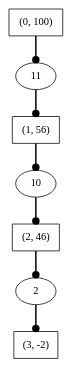
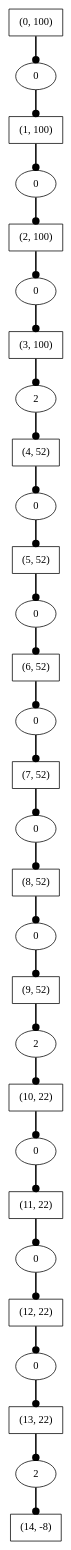
The diagram in Liga4-Prob3-Pociones/ficheros/pociones.gv (ManuelLR/ADDA), drawn with Graphviz before and after one commit. The commit also changed 3 other files, not shown here.

```diff
--- a/Liga4-Prob3-Pociones/ficheros/pociones.gv
+++ b/Liga4-Prob3-Pociones/ficheros/pociones.gv
@@ -1,16 +1,60 @@
 digraph Pociones {  
  size="100,100"; 
-    "(2, 46)" [shape=box];
-    "(2, 46),2" [label=2];
-    "(2, 46)" -> "(2, 46),2"[style=bold,arrowhead=dot];
-    "(2, 46),2" -> "(3, -2)"[style=bold,arrowhead=dot];
-    "(3, -2)" [shape=box];
-    "(1, 56)" [shape=box];
-    "(1, 56),10" [label=10];
-    "(1, 56)" -> "(1, 56),10"[style=bold,arrowhead=dot];
-    "(1, 56),10" -> "(2, 46)"[style=bold,arrowhead=dot];
+    "(3, 100)" [shape=box];
+    "(3, 100),2" [label=2];
+    "(3, 100)" -> "(3, 100),2"[style=bold,arrowhead=dot];
+    "(3, 100),2" -> "(4, 52)"[style=bold,arrowhead=dot];
+    "(4, 52)" [shape=box];
+    "(4, 52),0" [label=0];
+    "(4, 52)" -> "(4, 52),0"[style=bold,arrowhead=dot];
+    "(4, 52),0" -> "(5, 52)"[style=bold,arrowhead=dot];
+    "(5, 52)" [shape=box];
+    "(5, 52),0" [label=0];
+    "(5, 52)" -> "(5, 52),0"[style=bold,arrowhead=dot];
+    "(5, 52),0" -> "(6, 52)"[style=bold,arrowhead=dot];
+    "(6, 52)" [shape=box];
+    "(6, 52),0" [label=0];
+    "(6, 52)" -> "(6, 52),0"[style=bold,arrowhead=dot];
+    "(6, 52),0" -> "(7, 52)"[style=bold,arrowhead=dot];
+    "(7, 52)" [shape=box];
+    "(7, 52),0" [label=0];
+    "(7, 52)" -> "(7, 52),0"[style=bold,arrowhead=dot];
+    "(7, 52),0" -> "(8, 52)"[style=bold,arrowhead=dot];
+    "(10, 22)" [shape=box];
+    "(10, 22),0" [label=0];
+    "(10, 22)" -> "(10, 22),0"[style=bold,arrowhead=dot];
+    "(10, 22),0" -> "(11, 22)"[style=bold,arrowhead=dot];
+    "(8, 52)" [shape=box];
+    "(8, 52),0" [label=0];
+    "(8, 52)" -> "(8, 52),0"[style=bold,arrowhead=dot];
+    "(8, 52),0" -> "(9, 52)"[style=bold,arrowhead=dot];
+    "(11, 22)" [shape=box];
+    "(11, 22),0" [label=0];
+    "(11, 22)" -> "(11, 22),0"[style=bold,arrowhead=dot];
+    "(11, 22),0" -> "(12, 22)"[style=bold,arrowhead=dot];
+    "(9, 52)" [shape=box];
+    "(9, 52),2" [label=2];
+    "(9, 52)" -> "(9, 52),2"[style=bold,arrowhead=dot];
+    "(9, 52),2" -> "(10, 22)"[style=bold,arrowhead=dot];
+    "(14, -8)" [shape=box];
+    "(12, 22)" [shape=box];
+    "(12, 22),0" [label=0];
+    "(12, 22)" -> "(12, 22),0"[style=bold,arrowhead=dot];
+    "(12, 22),0" -> "(13, 22)"[style=bold,arrowhead=dot];
+    "(13, 22)" [shape=box];
+    "(13, 22),2" [label=2];
+    "(13, 22)" -> "(13, 22),2"[style=bold,arrowhead=dot];
+    "(13, 22),2" -> "(14, -8)"[style=bold,arrowhead=dot];
     "(0, 100)" [shape=box];
-    "(0, 100),11" [label=11];
-    "(0, 100)" -> "(0, 100),11"[style=bold,arrowhead=dot];
-    "(0, 100),11" -> "(1, 56)"[style=bold,arrowhead=dot];
+    "(0, 100),0" [label=0];
+    "(0, 100)" -> "(0, 100),0"[style=bold,arrowhead=dot];
+    "(0, 100),0" -> "(1, 100)"[style=bold,arrowhead=dot];
+    "(1, 100)" [shape=box];
+    "(1, 100),0" [label=0];
+    "(1, 100)" -> "(1, 100),0"[style=bold,arrowhead=dot];
+    "(1, 100),0" -> "(2, 100)"[style=bold,arrowhead=dot];
+    "(2, 100)" [shape=box];
+    "(2, 100),0" [label=0];
+    "(2, 100)" -> "(2, 100),0"[style=bold,arrowhead=dot];
+    "(2, 100),0" -> "(3, 100)"[style=bold,arrowhead=dot];
 }
```
